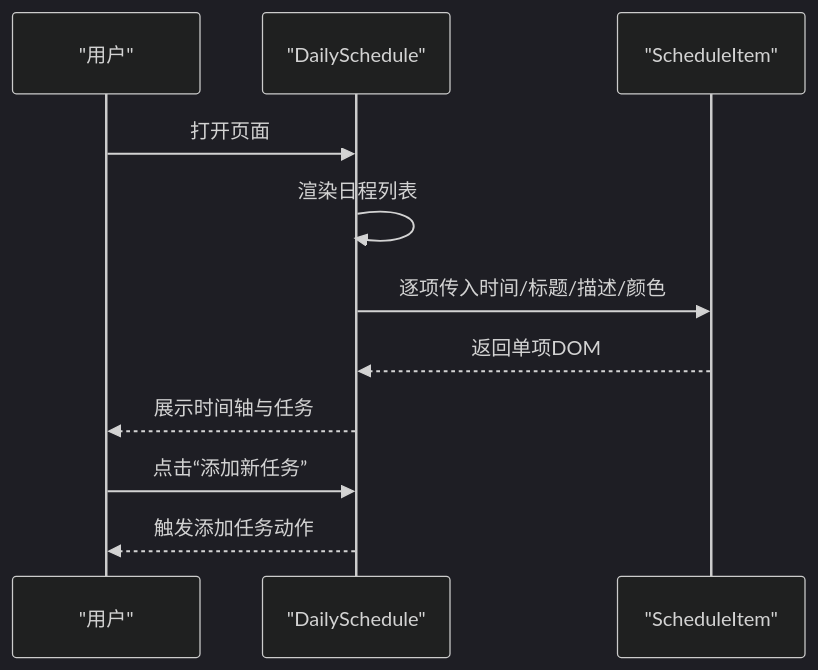
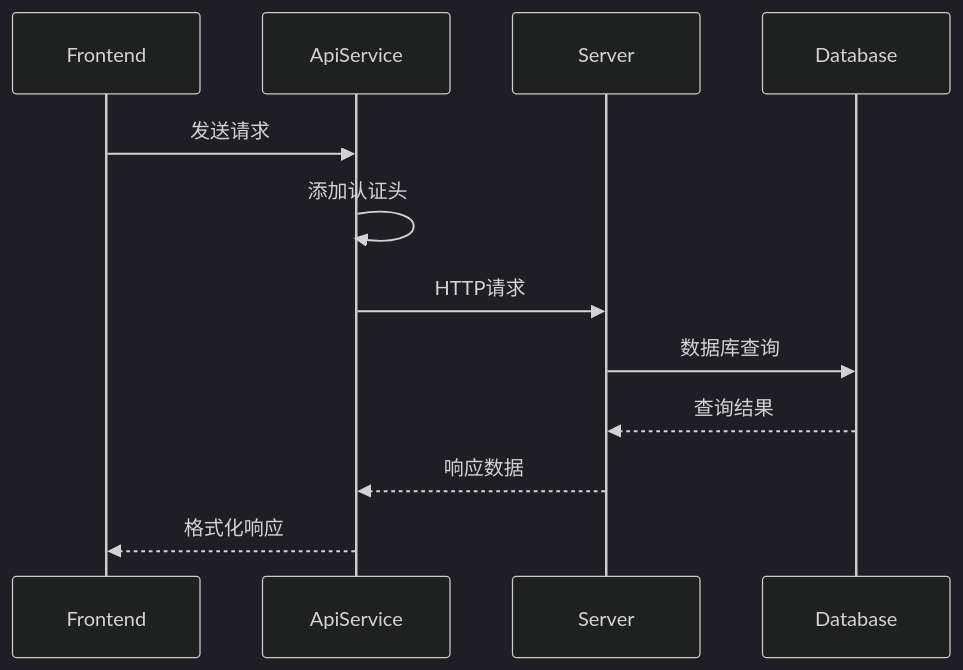
One commit to xianjianshenqu/SalesFlow-CRM changed the sixth of 9 diagrams in .qoder/repowiki/zh/content/项目概述.md. Above: the diagram before and after it, drawn with Mermaid (dark theme). The commit also changed other lines of this file and 17 other files, not shown here.

````diff
--- a/.qoder/repowiki/zh/content/项目概述.md
+++ b/.qoder/repowiki/zh/content/项目概述.md
@@ -214,13 +306,14 @@
 ```mermaid
 sequenceDiagram
-participant U as "用户"
-participant S as "DailySchedule"
-participant T as "ScheduleItem"
-U->>S : 打开页面
-S->>S : 渲染日程列表
-S->>T : 逐项传入时间/标题/描述/颜色
-T-->>S : 返回单项DOM
-S-->>U : 展示时间轴与任务
-U->>S : 点击“添加新任务”
-S-->>U : 触发添加任务动作
+participant F as Frontend
+participant A as ApiService
+participant S as Server
+participant D as Database
+F->>A : 发送请求
+A->>A : 添加认证头
+A->>S : HTTP请求
+S->>D : 数据库查询
+D-->>S : 查询结果
+S-->>A : 响应数据
+A-->>F : 格式化响应
 ```
````
